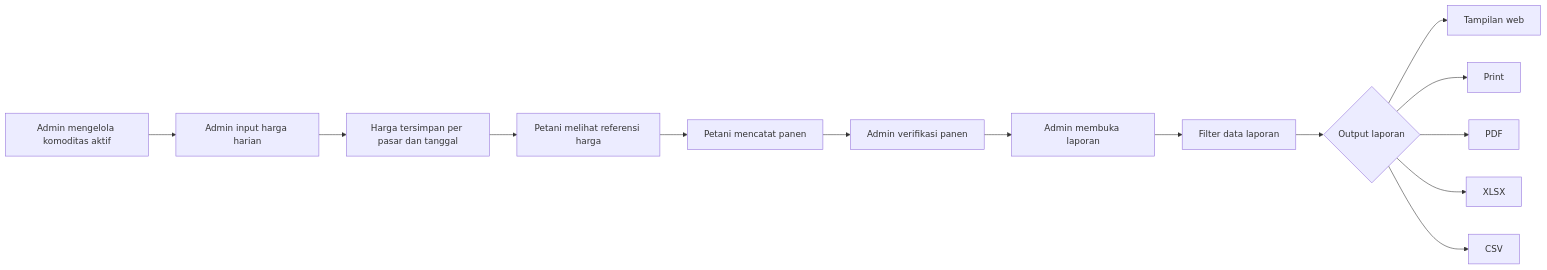
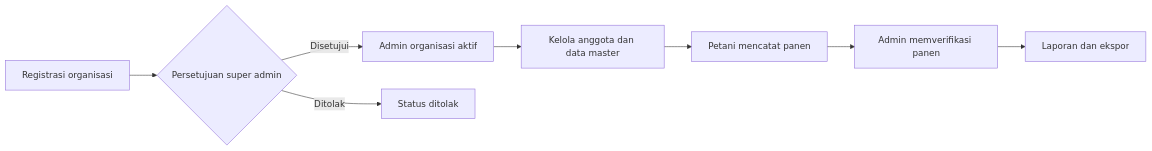
One commit to arraf-dev/TaniSync changed the diagram in README.md. Above: the diagram before and after it, drawn with Mermaid. The commit also changed other lines of this file, not shown here.

````diff
--- a/README.md
+++ b/README.md
@@ -317,16 +49,10 @@
 ```mermaid
 flowchart LR
-    A["Admin mengelola komoditas aktif"] --> B["Admin input harga harian"]
-    B --> C["Harga tersimpan per pasar dan tanggal"]
-    C --> D["Petani melihat referensi harga"]
-    D --> E["Petani mencatat panen"]
-    E --> F["Admin verifikasi panen"]
-    F --> G["Admin membuka laporan"]
-    G --> H["Filter data laporan"]
-    H --> I{"Output laporan"}
-    I --> J["Tampilan web"]
-    I --> K["Print"]
-    I --> L["PDF"]
-    I --> M["XLSX"]
-    I --> N["CSV"]
+    A[Registrasi organisasi] --> B{Persetujuan super admin}
+    B -->|Disetujui| C[Admin organisasi aktif]
+    B -->|Ditolak| D[Status ditolak]
+    C --> E[Kelola anggota dan data master]
+    E --> F[Petani mencatat panen]
+    F --> G[Admin memverifikasi panen]
+    G --> H[Laporan dan ekspor]
 ```
````
